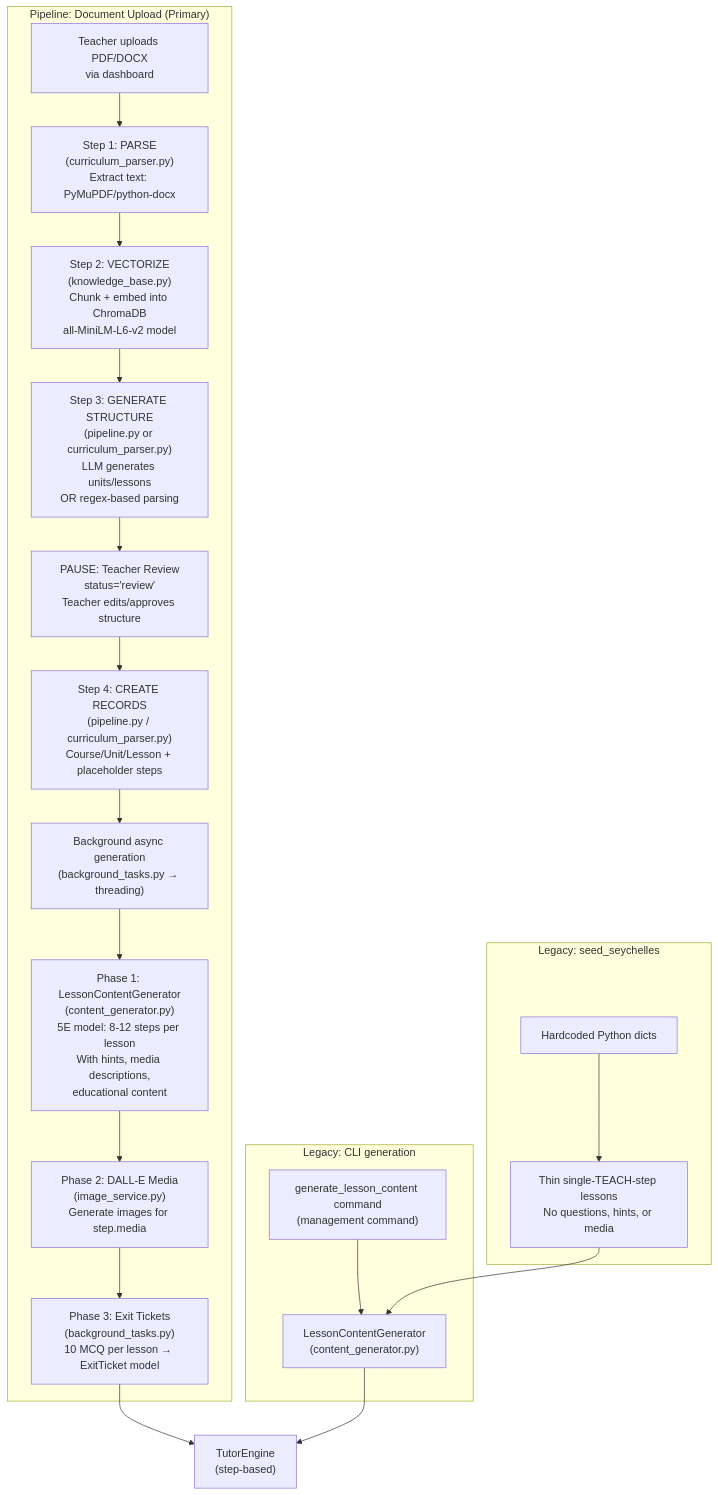
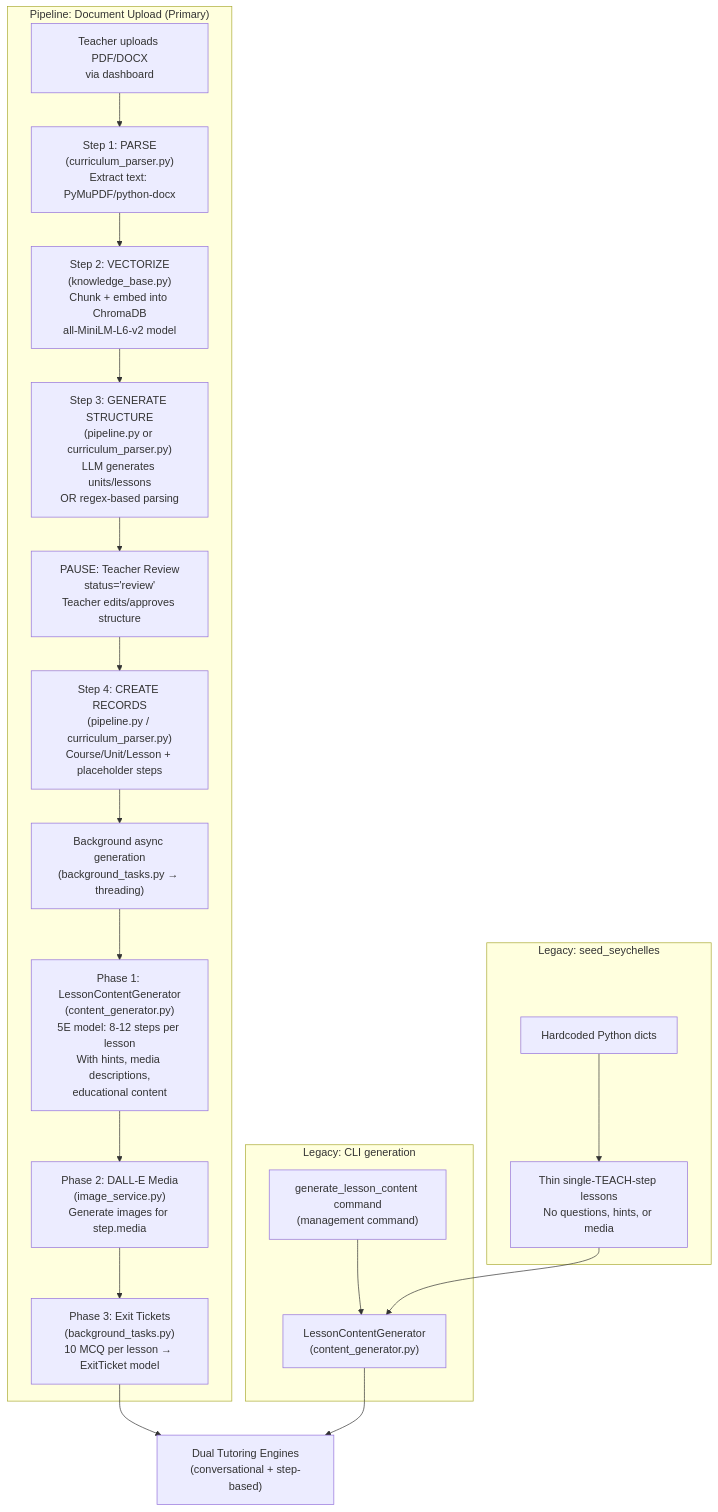
One commit to eai6/ai-tutor changed the seventh of 8 diagrams in design/SYSTEM_ARCHITECTURE.md. Above: the diagram before and after it, drawn with Mermaid. The commit also changed other lines of this file, not shown here.

Commit message:
Rewrite system architecture doc for dual-engine tutoring system (9bee720)

````diff
--- a/design/SYSTEM_ARCHITECTURE.md
+++ b/design/SYSTEM_ARCHITECTURE.md
@@ -312,33 +656,33 @@
 ```mermaid
 flowchart TD
     subgraph "Pipeline: Document Upload (Primary)"
         UPLOAD["Teacher uploads PDF/DOCX\nvia dashboard"]
         STEP1["Step 1: PARSE\n(curriculum_parser.py)\nExtract text: PyMuPDF/python-docx"]
         STEP2["Step 2: VECTORIZE\n(knowledge_base.py)\nChunk + embed into ChromaDB\nall-MiniLM-L6-v2 model"]
         STEP3["Step 3: GENERATE STRUCTURE\n(pipeline.py or curriculum_parser.py)\nLLM generates units/lessons\nOR regex-based parsing"]
         REVIEW["PAUSE: Teacher Review\nstatus='review'\nTeacher edits/approves structure"]
         STEP4["Step 4: CREATE RECORDS\n(pipeline.py / curriculum_parser.py)\nCourse/Unit/Lesson + placeholder steps"]
         ASYNC["Background async generation\n(background_tasks.py → threading)"]
         PHASE1["Phase 1: LessonContentGenerator\n(content_generator.py)\n5E model: 8-12 steps per lesson\nWith hints, media descriptions,\neducational content"]
         PHASE2["Phase 2: DALL-E Media\n(image_service.py)\nGenerate images for step.media"]
         PHASE3["Phase 3: Exit Tickets\n(background_tasks.py)\n10 MCQ per lesson → ExitTicket model"]
         UPLOAD --> STEP1 --> STEP2 --> STEP3 --> REVIEW --> STEP4 --> ASYNC
         ASYNC --> PHASE1 --> PHASE2 --> PHASE3
     end
 
     subgraph "Legacy: seed_seychelles"
         SS_IN["Hardcoded Python dicts"]
         SS_OUT["Thin single-TEACH-step lessons\nNo questions, hints, or media"]
         SS_IN --> SS_OUT
     end
 
     subgraph "Legacy: CLI generation"
         CLI["generate_lesson_content command\n(management command)"]
         CLI_GEN["LessonContentGenerator\n(content_generator.py)"]
         CLI --> CLI_GEN
     end
 
-    PHASE3 --> ENGINE["TutorEngine\n(step-based)"]
+    PHASE3 --> ENGINE["Dual Tutoring Engines\n(conversational + step-based)"]
     SS_OUT --> CLI_GEN
     CLI_GEN --> ENGINE
 ```
````
